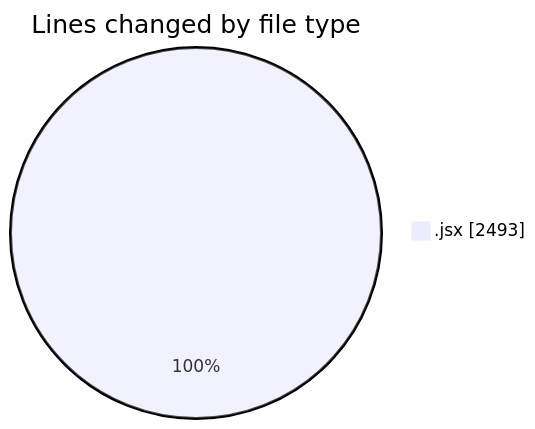
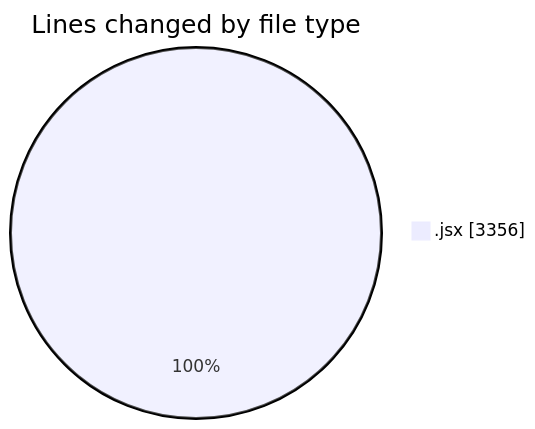
Before and after one commit to nxtqubesakshisongat/code-tracking: the first of 2 diagrams in 2025-06-16/nxtqube_webapp/README.md, drawn with Mermaid. The commit also changed other lines of this file and 1 other file, not shown here.

````diff
--- a/2025-06-16/nxtqube_webapp/README.md
+++ b/2025-06-16/nxtqube_webapp/README.md
@@ -21,5 +22,5 @@
 ```mermaid
 pie showData
 title Lines changed by file type
-".jsx" : 2493
+".jsx" : 3356
 ```
````
